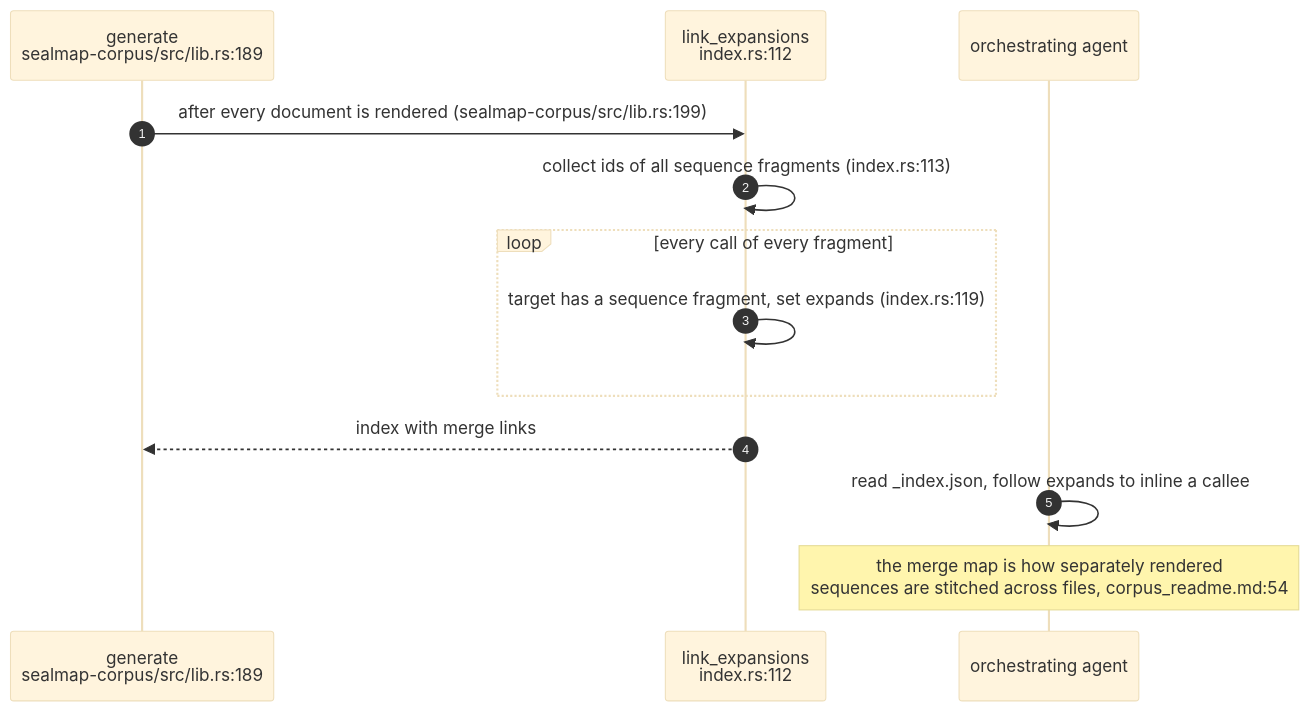
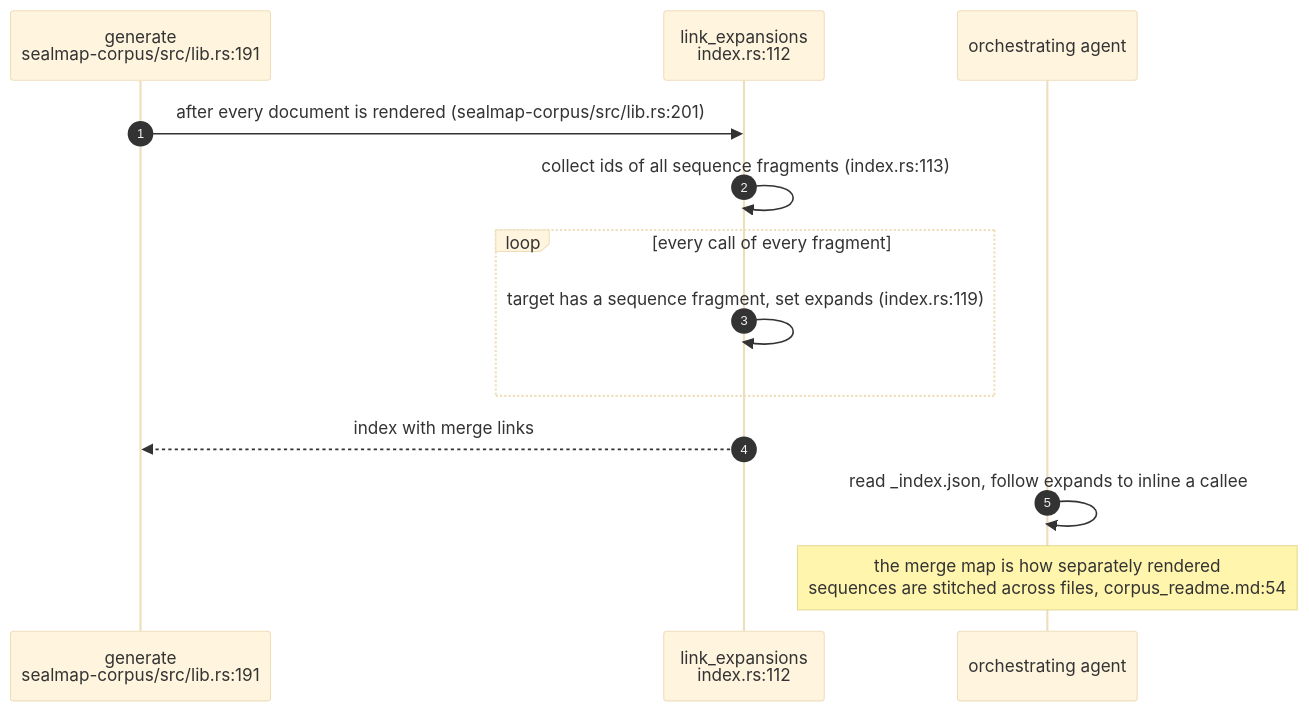
One commit to DreamLab-AI/codemaid changed the fourth of 5 diagrams in docs/diagrams/corpus/01-generating-the-corpus-and-index.md. Above: the diagram before and after it, drawn with Mermaid (base theme). The commit also changed other lines of this file and 23 other files, not shown here.

````diff
--- a/docs/diagrams/corpus/01-generating-the-corpus-and-index.md
+++ b/docs/diagrams/corpus/01-generating-the-corpus-and-index.md
@@ -169,15 +169,15 @@
 ```mermaid
 sequenceDiagram
     autonumber
-    participant GE as generate<br/>sealmap-corpus/src/lib.rs:189
+    participant GE as generate<br/>sealmap-corpus/src/lib.rs:191
     participant LE as link_expansions<br/>index.rs:112
     participant OR as orchestrating agent
-    GE->>LE: after every document is rendered (sealmap-corpus/src/lib.rs:199)
+    GE->>LE: after every document is rendered (sealmap-corpus/src/lib.rs:201)
     LE->>LE: collect ids of all sequence fragments (index.rs:113)
     loop every call of every fragment
         LE->>LE: target has a sequence fragment, set expands (index.rs:119)
     end
     LE-->>GE: index with merge links
     OR->>OR: read _index.json, follow expands to inline a callee
     Note over OR: the merge map is how separately rendered<br/>sequences are stitched across files, corpus_readme.md:54
 ```
````
